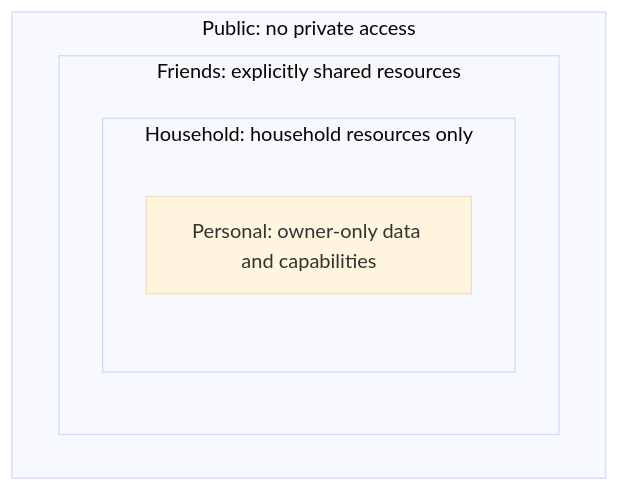
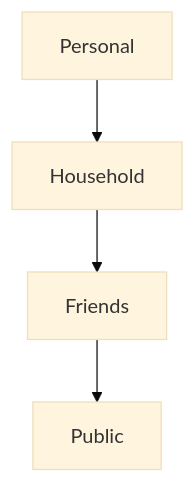
The fourth of 5 diagrams in docs/openclaw-setup/security-architecture.md (coletaylor788/puddles), drawn with Mermaid (base theme) before and after one commit. The commit also changed other lines of this file, not shown here.

````diff
--- a/docs/openclaw-setup/security-architecture.md
+++ b/docs/openclaw-setup/security-architecture.md
@@ -189,10 +176,6 @@
 ```mermaid
 flowchart TB
-    subgraph Public["Public: no private access"]
-        subgraph Friends["Friends: explicitly shared resources"]
-            subgraph Household["Household: household resources only"]
-                Personal["Personal: owner-only data and capabilities"]
-            end
-        end
-    end
+    Personal["Personal"] --> Household["Household"]
+    Household --> Friends["Friends"]
+    Friends --> Public["Public"]
 ```
````
